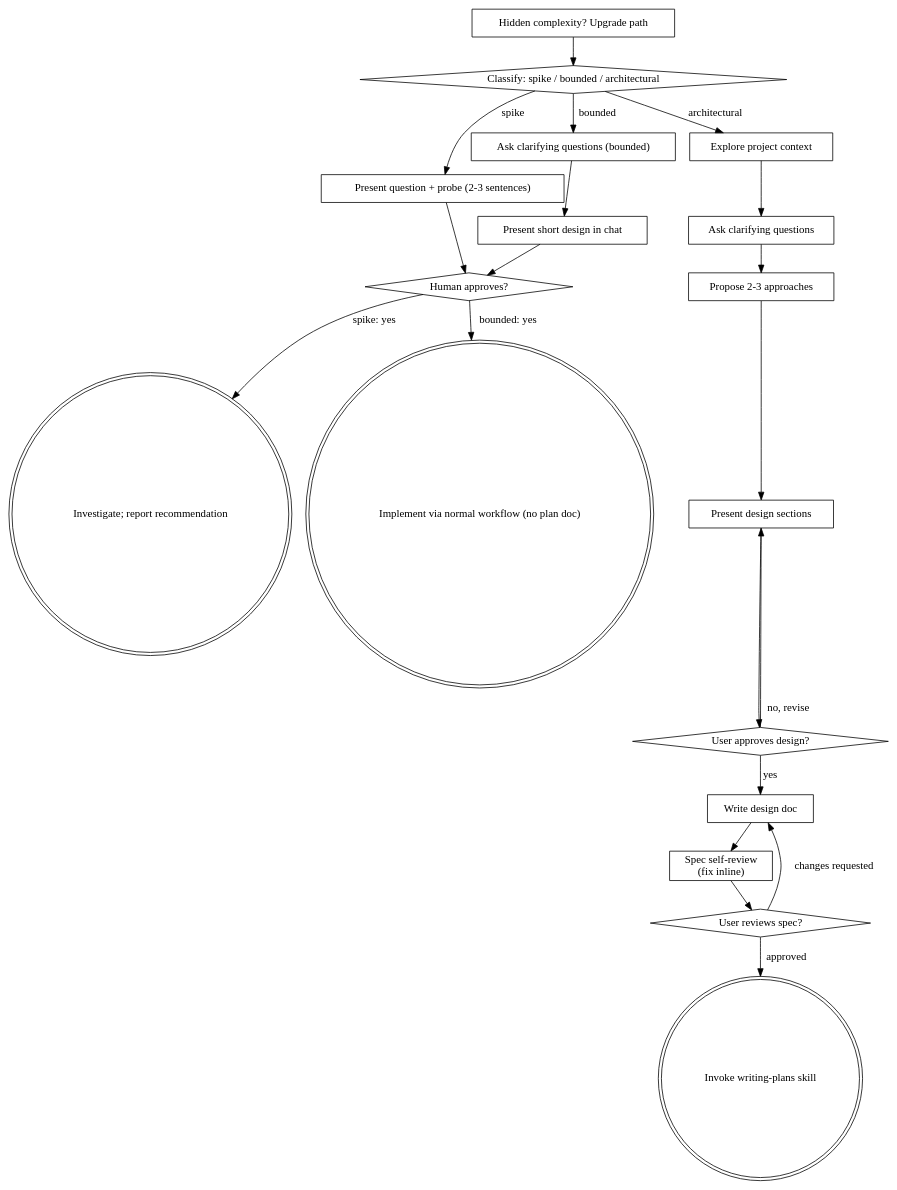
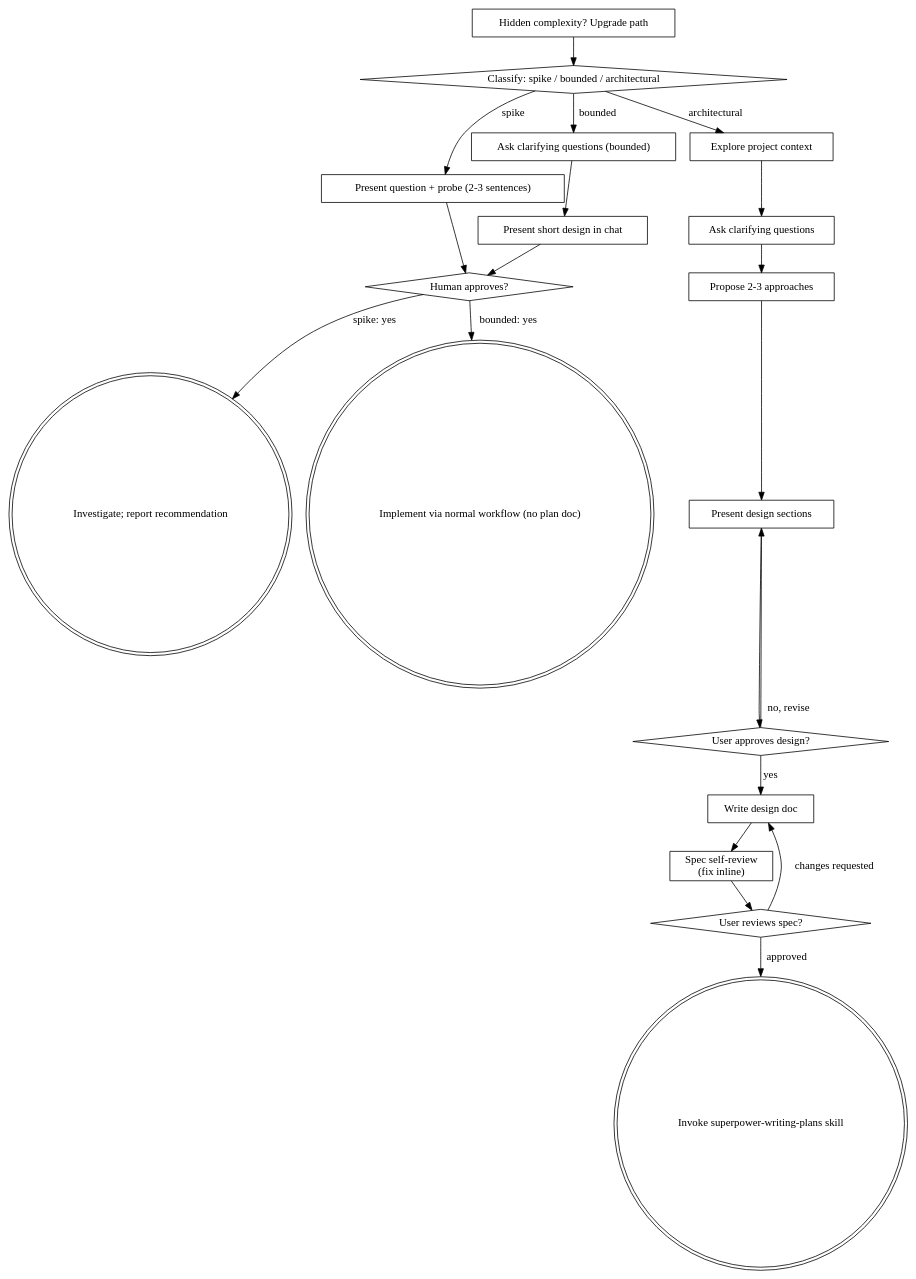
Before and after one commit to JasonFreeLab/dsh-superpowers: the diagram in skills/superpower-brainstorming/SKILL.md, drawn with Graphviz. The commit also changed other lines of this file and 28 other files, not shown here.

````diff
--- a/skills/superpower-brainstorming/SKILL.md
+++ b/skills/superpower-brainstorming/SKILL.md
@@ -73,44 +108,44 @@
 ```dot
 digraph brainstorming {
     "Classify: spike / bounded / architectural" [shape=diamond];
     "Present question + probe (2-3 sentences)" [shape=box];
     "Ask clarifying questions (bounded)" [shape=box];
     "Present short design in chat" [shape=box];
     "Human approves?" [shape=diamond];
     "Investigate; report recommendation" [shape=doublecircle];
     "Implement via normal workflow (no plan doc)" [shape=doublecircle];
     "Explore project context" [shape=box];
     "Ask clarifying questions" [shape=box];
     "Propose 2-3 approaches" [shape=box];
     "Present design sections" [shape=box];
     "User approves design?" [shape=diamond];
     "Write design doc" [shape=box];
     "Spec self-review
 (fix inline)" [shape=box];
     "User reviews spec?" [shape=diamond];
-    "Invoke writing-plans skill" [shape=doublecircle];
+    "Invoke superpower-writing-plans skill" [shape=doublecircle];
     "Hidden complexity? Upgrade path" [shape=box];
 
     "Classify: spike / bounded / architectural" -> "Present question + probe (2-3 sentences)" [label="spike"];
     "Classify: spike / bounded / architectural" -> "Ask clarifying questions (bounded)" [label="bounded"];
     "Classify: spike / bounded / architectural" -> "Explore project context" [label="architectural"];
     "Present question + probe (2-3 sentences)" -> "Human approves?";
     "Ask clarifying questions (bounded)" -> "Present short design in chat";
     "Present short design in chat" -> "Human approves?";
     "Human approves?" -> "Investigate; report recommendation" [label="spike: yes"];
     "Human approves?" -> "Implement via normal workflow (no plan doc)" [label="bounded: yes"];
     "Hidden complexity? Upgrade path" -> "Classify: spike / bounded / architectural";
     "Explore project context" -> "Ask clarifying questions";
     "Ask clarifying questions" -> "Propose 2-3 approaches";
     "Propose 2-3 approaches" -> "Present design sections";
     "Present design sections" -> "User approves design?";
     "User approves design?" -> "Present design sections" [label="no, revise"];
     "User approves design?" -> "Write design doc" [label="yes"];
     "Write design doc" -> "Spec self-review
 (fix inline)";
     "Spec self-review
 (fix inline)" -> "User reviews spec?";
     "User reviews spec?" -> "Write design doc" [label="changes requested"];
-    "User reviews spec?" -> "Invoke writing-plans skill" [label="approved"];
+    "User reviews spec?" -> "Invoke superpower-writing-plans skill" [label="approved"];
 }
 ```
````
